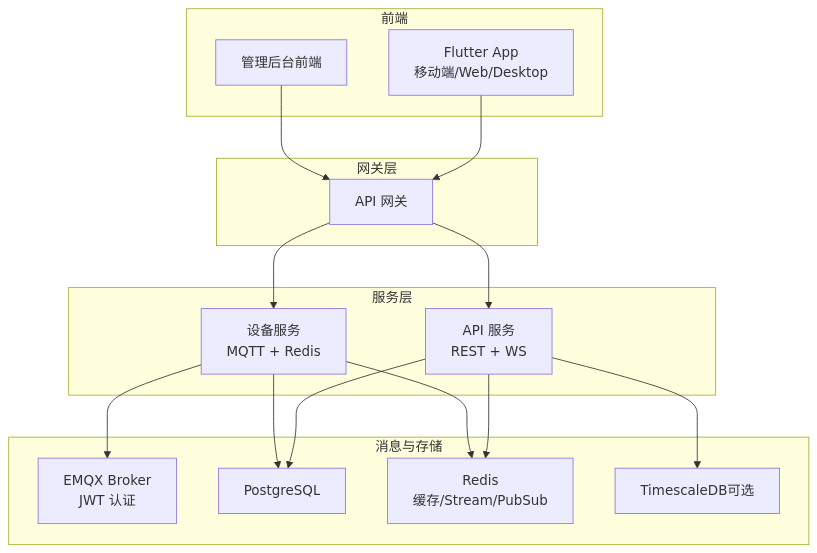
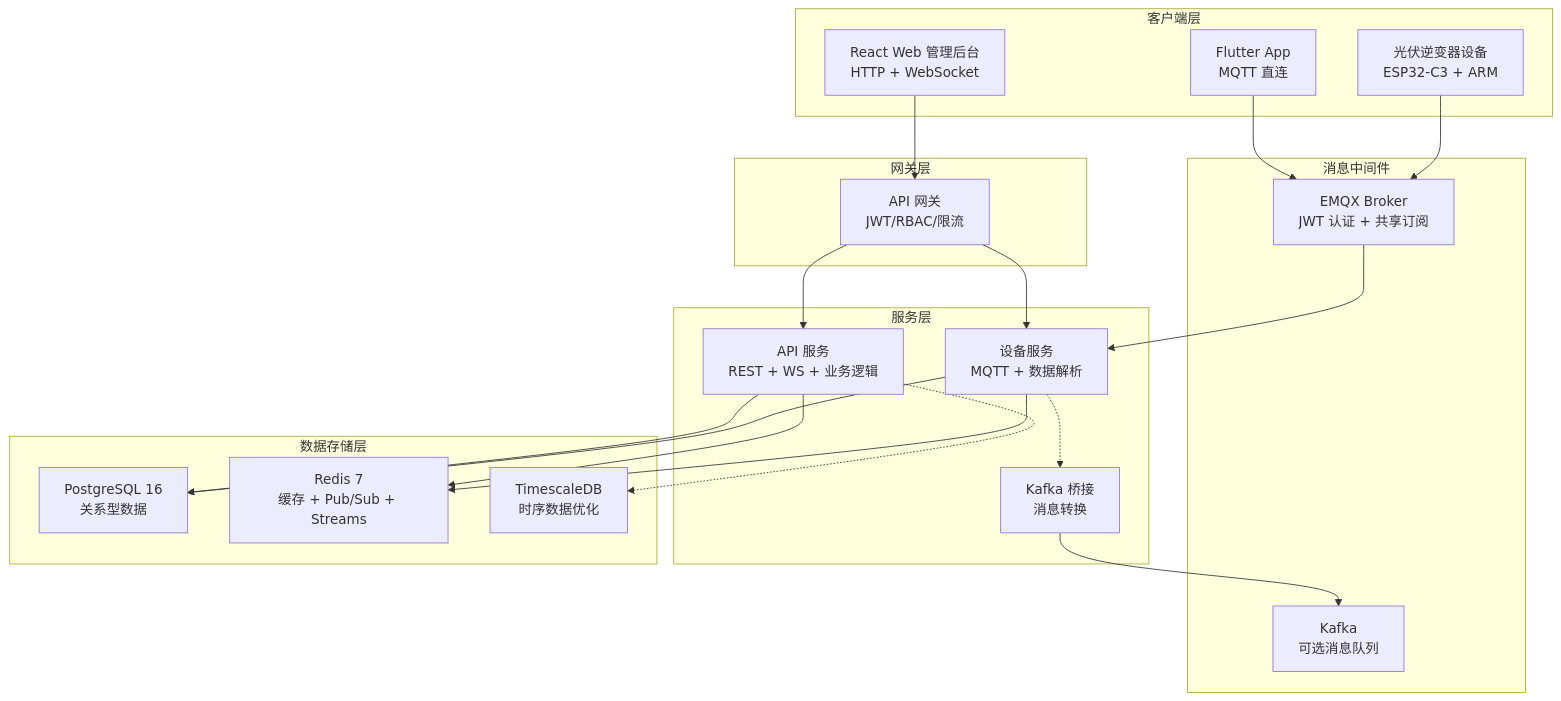
Before and after one commit to mcmrzy/cs_inv_monitor-develop: the diagram in .qoder/repowiki/zh/content/项目概述/项目概述.md, drawn with Mermaid. The commit also changed other lines of this file and 28 other files, not shown here.

````diff
--- a/.qoder/repowiki/zh/content/项目概述/项目概述.md
+++ b/.qoder/repowiki/zh/content/项目概述/项目概述.md
@@ -44,30 +58,38 @@
 ```mermaid
 graph TB
-subgraph "前端"
-APP["Flutter App<br/>移动端/Web/Desktop"]
-AdminFE["管理后台前端"]
+subgraph "客户端层"
+APP["Flutter App<br/>MQTT 直连"]
+WEB["React Web 管理后台<br/>HTTP + WebSocket"]
+DEVICE["光伏逆变器设备<br/>ESP32-C3 + ARM"]
 end
 subgraph "网关层"
-GW["API 网关"]
+GW["API 网关<br/>JWT/RBAC/限流"]
 end
 subgraph "服务层"
-APIS["API 服务<br/>REST + WS"]
-DEV["设备服务<br/>MQTT + Redis"]
+APIS["API 服务<br/>REST + WS + 业务逻辑"]
+DEV["设备服务<br/>MQTT + 数据解析"]
+BRIDGE["Kafka 桥接<br/>消息转换"]
 end
-subgraph "消息与存储"
-EMQX["EMQX Broker<br/>JWT 认证"]
-PG["PostgreSQL"]
-REDIS["Redis<br/>缓存/Stream/PubSub"]
-TSDB["TimescaleDB可选"]
+subgraph "消息中间件"
+EMQX["EMQX Broker<br/>JWT 认证 + 共享订阅"]
+KAFKA["Kafka<br/>可选消息队列"]
 end
-APP --> GW
-AdminFE --> GW
+subgraph "数据存储层"
+PG["PostgreSQL 16<br/>关系型数据"]
+REDIS["Redis 7<br/>缓存 + Pub/Sub + Streams"]
+TSDB["TimescaleDB<br/>时序数据优化"]
+end
+DEVICE --> EMQX
+APP --> EMQX
+WEB --> GW
 GW --> APIS
 GW --> DEV
+EMQX --> DEV
+DEV --> PG
+DEV --> REDIS
 APIS --> PG
 APIS --> REDIS
-DEV --> EMQX
-DEV --> PG
-DEV --> REDIS
-APIS --> TSDB
+BRIDGE --> KAFKA
+DEV -.-> BRIDGE
+APIS -.-> TSDB
 ```
````
